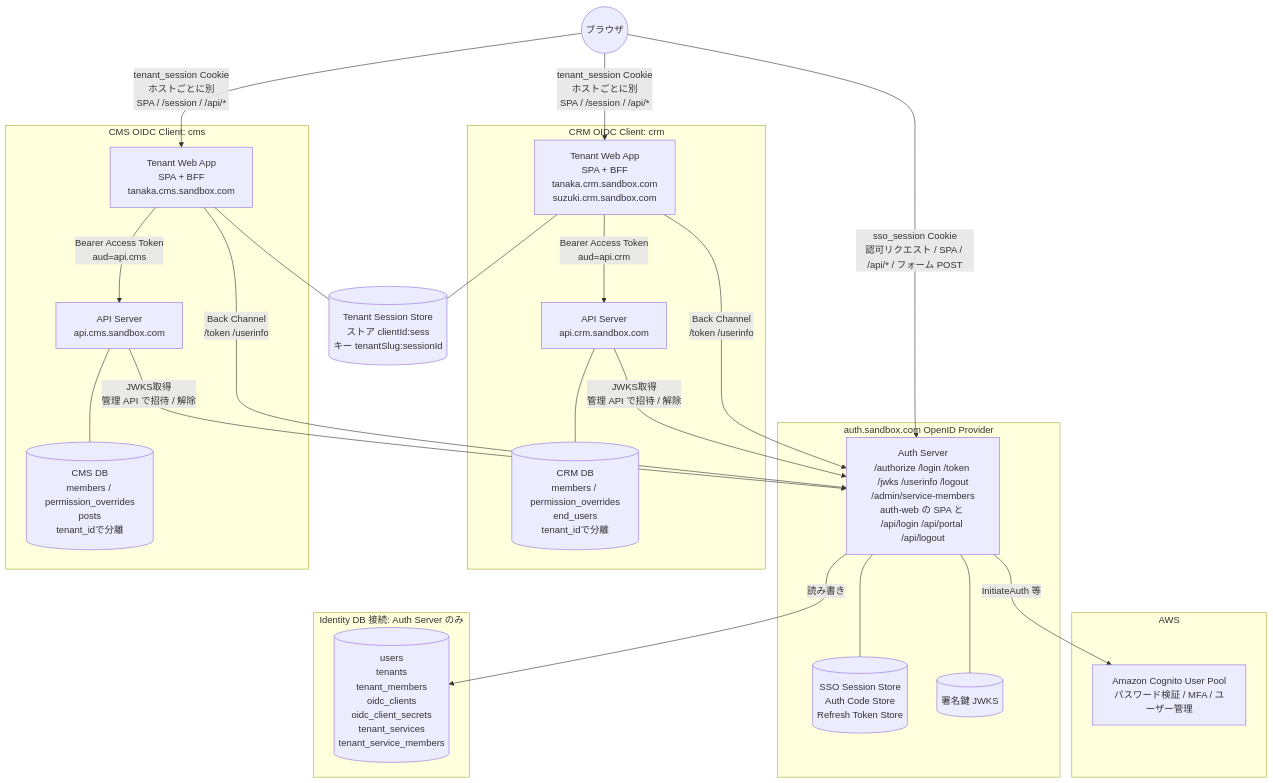
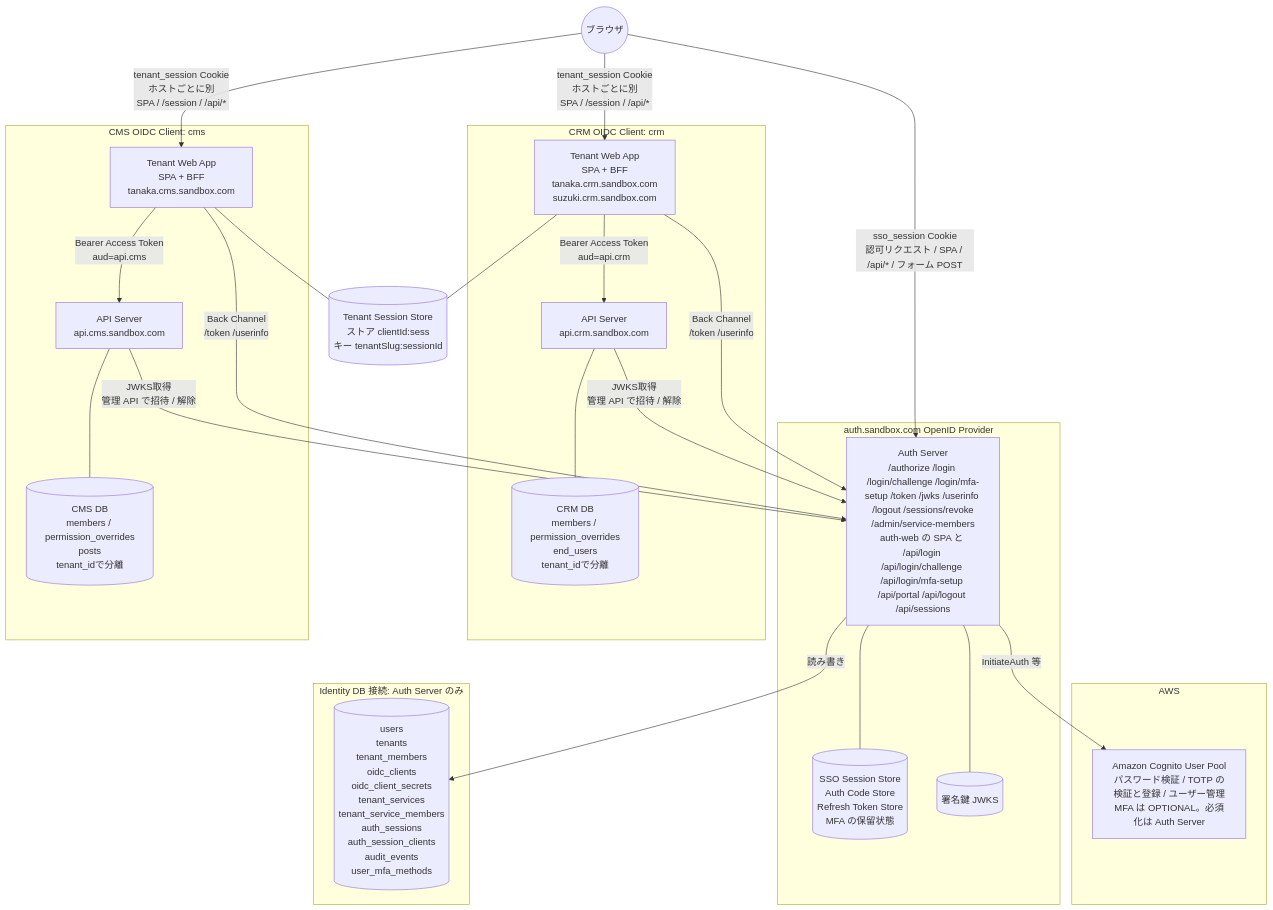
One commit to daisuke-tanabe/multi-domain-sandbox changed the first of 2 diagrams in docs/design/01-system-architecture.md. Above: the diagram before and after it, drawn with Mermaid. The commit also changed other lines of this file and 51 other files, not shown here.

````diff
--- a/docs/design/01-system-architecture.md
+++ b/docs/design/01-system-architecture.md
@@ -14,50 +14,50 @@
 ```mermaid
 flowchart TB
     User((ブラウザ))
 
     subgraph AWS
-        Cognito["Amazon Cognito User Pool<br/>パスワード検証 / MFA / ユーザー管理"]
+        Cognito["Amazon Cognito User Pool<br/>パスワード検証 / TOTP の検証と登録 / ユーザー管理<br/>MFA は OPTIONAL。必須化は Auth Server"]
     end
 
     subgraph AuthLayer ["auth.sandbox.com  OpenID Provider"]
-        Auth["Auth Server<br/>/authorize /login /token /jwks /userinfo /logout<br/>/admin/service-members<br/>auth-web の SPA と /api/login /api/portal /api/logout"]
-        SsoStore[("SSO Session Store<br/>Auth Code Store<br/>Refresh Token Store")]
+        Auth["Auth Server<br/>/authorize /login /login/challenge /login/mfa-setup /token /jwks /userinfo /logout /sessions/revoke<br/>/admin/service-members<br/>auth-web の SPA と /api/login /api/login/challenge /api/login/mfa-setup /api/portal /api/logout /api/sessions"]
+        SsoStore[("SSO Session Store<br/>Auth Code Store<br/>Refresh Token Store<br/>MFA の保留状態")]
         Keys[("署名鍵 JWKS")]
         Auth --- SsoStore
         Auth --- Keys
     end
 
     subgraph Identity ["Identity DB  接続: Auth Server のみ"]
-        IdDB[("users<br/>tenants<br/>tenant_members<br/>oidc_clients<br/>oidc_client_secrets<br/>tenant_services<br/>tenant_service_members")]
+        IdDB[("users<br/>tenants<br/>tenant_members<br/>oidc_clients<br/>oidc_client_secrets<br/>tenant_services<br/>tenant_service_members<br/>auth_sessions<br/>auth_session_clients<br/>audit_events<br/>user_mfa_methods")]
     end
 
     subgraph Crm ["CRM  OIDC Client: crm"]
         WebCrm["Tenant Web App<br/>SPA + BFF<br/>tanaka.crm.sandbox.com<br/>suzuki.crm.sandbox.com"]
         ApiCrm["API Server<br/>api.crm.sandbox.com"]
         CrmDB[("CRM DB<br/>members / permission_overrides<br/>end_users<br/>tenant_idで分離")]
     end
 
     subgraph Cms ["CMS  OIDC Client: cms"]
         WebCms["Tenant Web App<br/>SPA + BFF<br/>tanaka.cms.sandbox.com"]
         ApiCms["API Server<br/>api.cms.sandbox.com"]
         CmsDB[("CMS DB<br/>members / permission_overrides<br/>posts<br/>tenant_idで分離")]
     end
 
     Sess[("Tenant Session Store<br/>ストア clientId:sess<br/>キー tenantSlug:sessionId")]
 
     User -- "tenant_session Cookie<br/>ホストごとに別<br/>SPA / /session / /api/*" --> WebCrm
     User -- "tenant_session Cookie<br/>ホストごとに別<br/>SPA / /session / /api/*" --> WebCms
     User -- "sso_session Cookie<br/>認可リクエスト / SPA / /api/* / フォーム POST" --> Auth
     Auth -- "InitiateAuth 等" --> Cognito
     Auth -- "読み書き" --> IdDB
     WebCrm -- "Back Channel<br/>/token /userinfo" --> Auth
     WebCms -- "Back Channel<br/>/token /userinfo" --> Auth
     WebCrm --- Sess
     WebCms --- Sess
     WebCrm -- "Bearer Access Token<br/>aud=api.crm" --> ApiCrm
     WebCms -- "Bearer Access Token<br/>aud=api.cms" --> ApiCms
     ApiCrm --- CrmDB
     ApiCms --- CmsDB
     ApiCrm -- "JWKS取得<br/>管理 API で招待 / 解除" --> Auth
     ApiCms -- "JWKS取得<br/>管理 API で招待 / 解除" --> Auth
 ```
````
